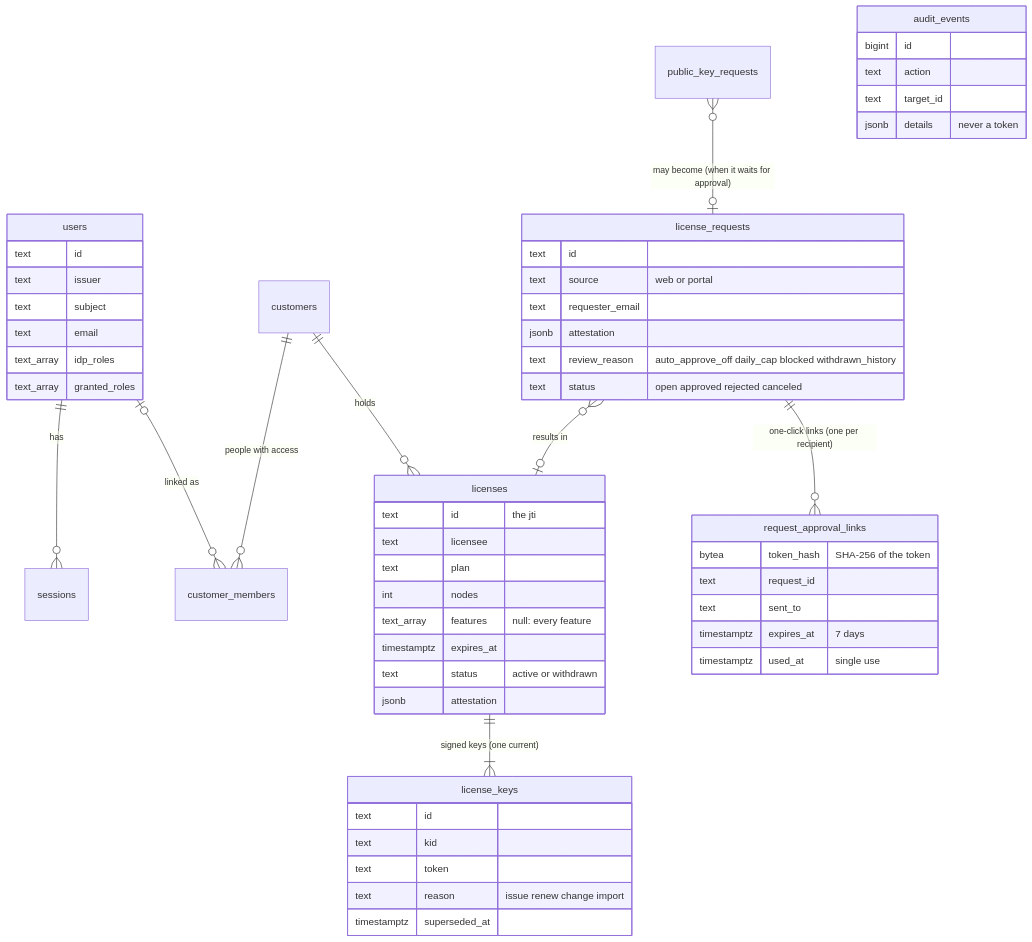
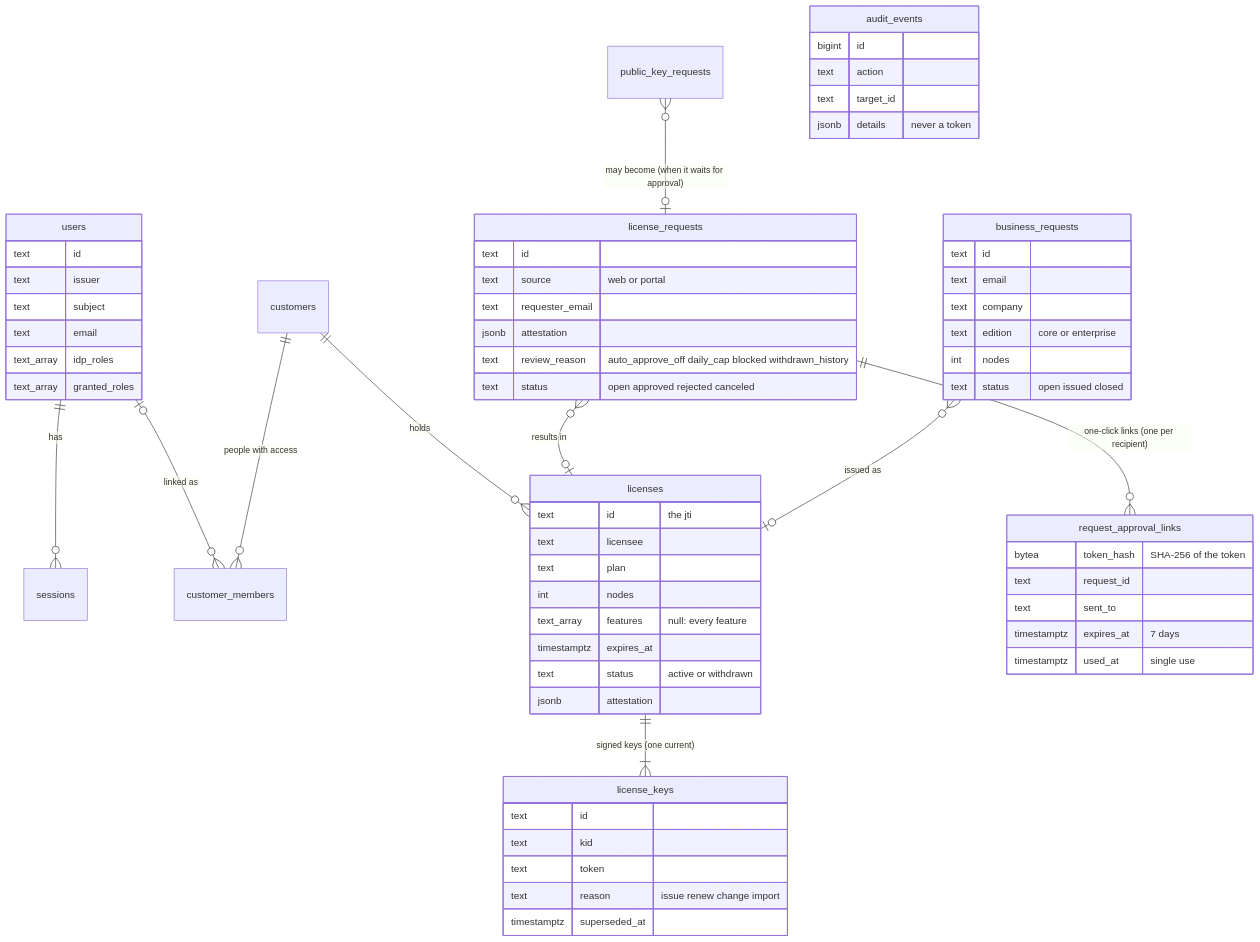
One commit to robertherbaugh/kudurru changed the eighth of 8 diagrams in license-server/docs/architecture.md. Above: the diagram before and after it, drawn with Mermaid. The commit also changed other lines of this file and 47 other files, not shown here.

````diff
--- a/license-server/docs/architecture.md
+++ b/license-server/docs/architecture.md
@@ -201,57 +232,66 @@
 ```mermaid
 erDiagram
     users ||--o{ sessions : has
     users |o--o{ customer_members : "linked as"
     customers ||--o{ customer_members : "people with access"
     customers ||--o{ licenses : holds
     licenses ||--|{ license_keys : "signed keys (one current)"
     license_requests }o--o| licenses : "results in"
     license_requests ||--o{ request_approval_links : "one-click links (one per recipient)"
     public_key_requests }o--o| license_requests : "may become (when it waits for approval)"
+    business_requests }o--o| licenses : "issued as"
     users {
         text id
         text issuer
         text subject
         text email
         text_array idp_roles
         text_array granted_roles
     }
     licenses {
         text id "the jti"
         text licensee
         text plan
         int nodes
         text_array features "null: every feature"
         timestamptz expires_at
         text status "active or withdrawn"
         jsonb attestation
     }
     license_keys {
         text id
         text kid
         text token
         text reason "issue renew change import"
         timestamptz superseded_at
     }
     license_requests {
         text id
         text source "web or portal"
         text requester_email
         jsonb attestation
         text review_reason "auto_approve_off daily_cap blocked withdrawn_history"
         text status "open approved rejected canceled"
     }
+    business_requests {
+        text id
+        text email
+        text company
+        text edition "core or enterprise"
+        int nodes
+        text status "open issued closed"
+    }
     request_approval_links {
         bytea token_hash "SHA-256 of the token"
         text request_id
         text sent_to
         timestamptz expires_at "7 days"
         timestamptz used_at "single use"
     }
     audit_events {
         bigint id
         text action
         text target_id
         jsonb details "never a token"
     }
 ```
````
